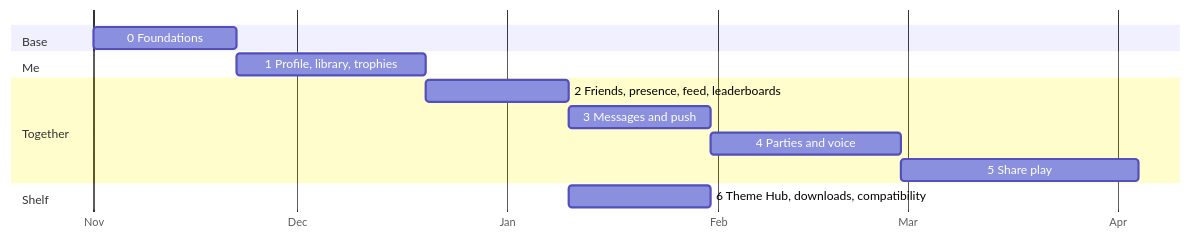
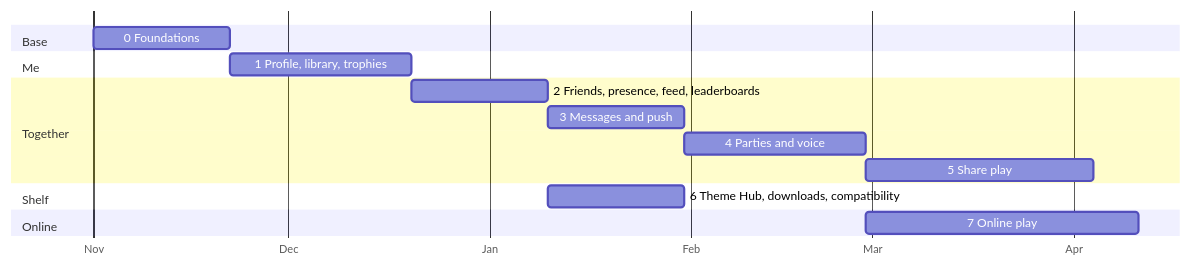
The diagram in docs/en/10-roadmap.md (AnyTogether/AnyPS5-ARM), drawn with Mermaid before and after one commit. The commit also changed other lines of this file and 12 other files, not shown here.

````diff
--- a/docs/en/10-roadmap.md
+++ b/docs/en/10-roadmap.md
@@ -6,16 +31,18 @@
 ```mermaid
 gantt
     dateFormat YYYY-MM-DD
     axisFormat %b
     section Base
     0 Foundations           :p0, 2026-11-01, 3w
     section Me
     1 Profile, library, trophies :p1, after p0, 4w
     section Together
     2 Friends, presence, feed, leaderboards :p2, after p1, 3w
     3 Messages and push     :p3, after p2, 3w
     4 Parties and voice     :p4, after p3, 4w
     5 Share play            :p5, after p4, 5w
     section Shelf
     6 Theme Hub, downloads, compatibility :p6, after p2, 3w
+    section Online
+    7 Online play         :p7, after p4, 6w
 ```
````
